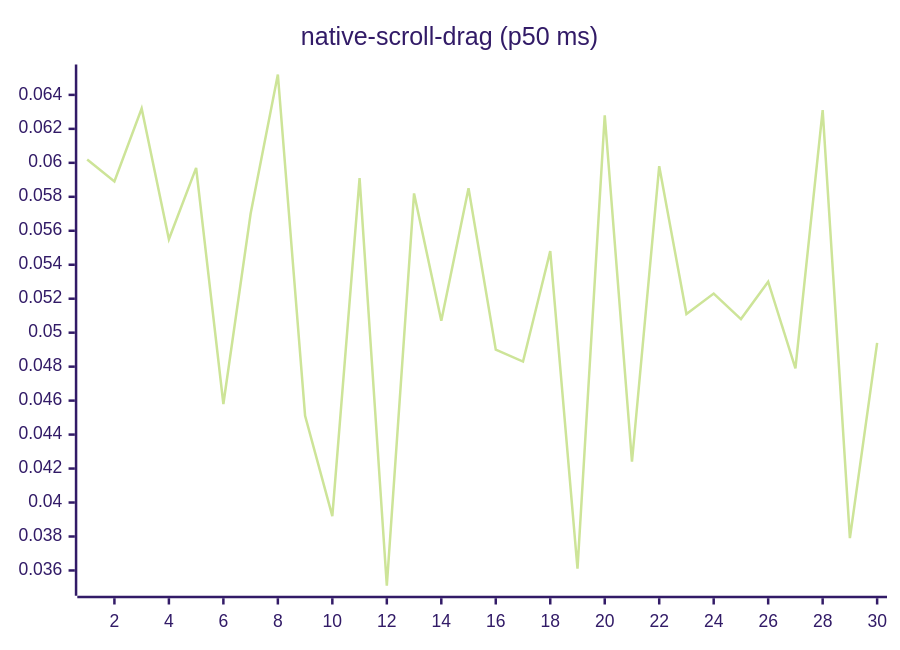
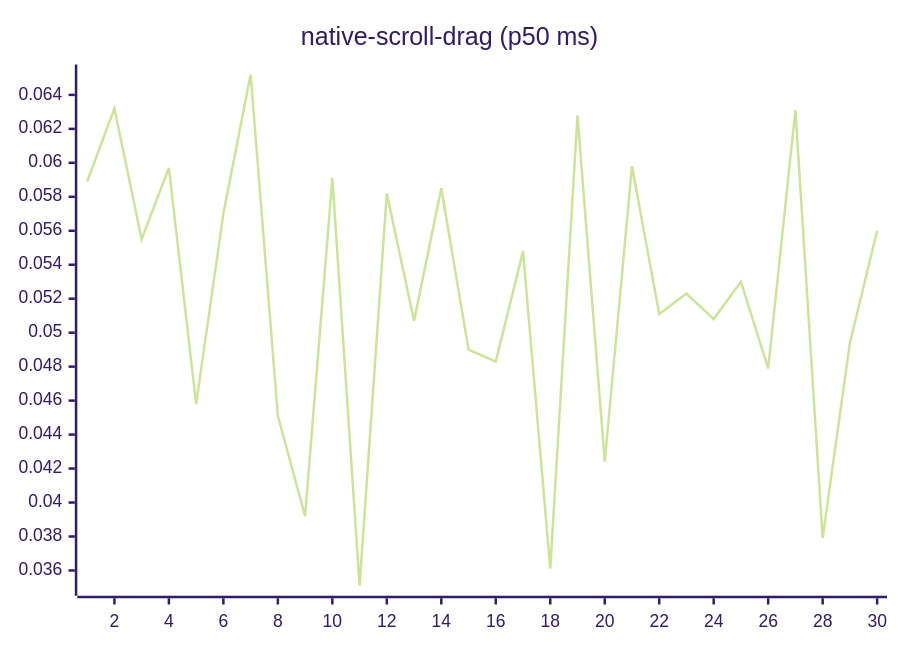
Before and after one commit to josha/Facet: diagram 14 of 27 in README.md, drawn with Mermaid (forest theme). The commit also changed other lines of this file and 2 other files, not shown here.

````diff
--- a/README.md
+++ b/README.md
@@ -154,6 +154,6 @@
 ```mermaid
 xychart-beta
     title "native-scroll-drag (p50 ms)"
     x-axis 1 --> 30
-    line [0.0602, 0.0589, 0.0632, 0.0555, 0.0597, 0.0458, 0.0570, 0.0652, 0.0451, 0.0392, 0.0591, 0.0351, 0.0582, 0.0507, 0.0585, 0.0490, 0.0483, 0.0548, 0.0361, 0.0628, 0.0424, 0.0598, 0.0511, 0.0523, 0.0508, 0.0530, 0.0479, 0.0631, 0.0379, 0.0494]
+    line [0.0589, 0.0632, 0.0555, 0.0597, 0.0458, 0.0570, 0.0652, 0.0451, 0.0392, 0.0591, 0.0351, 0.0582, 0.0507, 0.0585, 0.0490, 0.0483, 0.0548, 0.0361, 0.0628, 0.0424, 0.0598, 0.0511, 0.0523, 0.0508, 0.0530, 0.0479, 0.0631, 0.0379, 0.0494, 0.0560]
 ```
````
